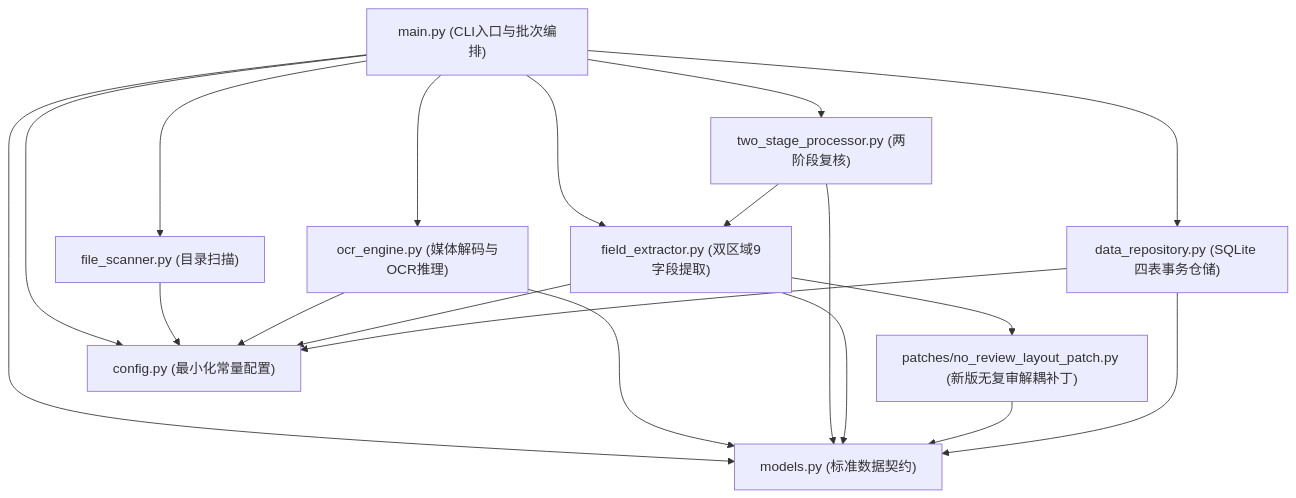
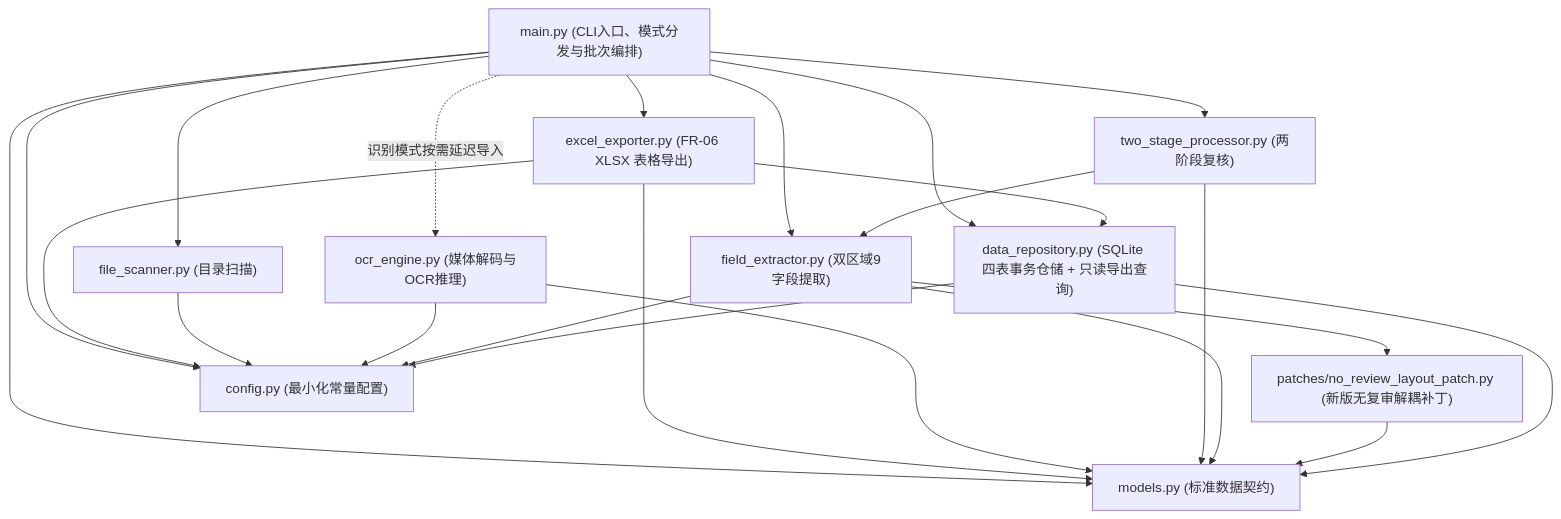
Before and after one commit to fukyor/ocr: the second of 14 diagrams in moduleDesign/prd-md-ocr-snug-cherny.md, drawn with Mermaid. The commit also changed other lines of this file and 19 other files, not shown here.

````diff
--- a/moduleDesign/prd-md-ocr-snug-cherny.md
+++ b/moduleDesign/prd-md-ocr-snug-cherny.md
@@ -89,31 +103,36 @@
 ```mermaid
 flowchart TD
-    Main["main.py (CLI入口与批次编排)"]
+    Main["main.py (CLI入口、模式分发与批次编排)"]
+    Exporter["excel_exporter.py (FR-06 XLSX 表格导出)"]
     Scanner["file_scanner.py (目录扫描)"]
     OCR["ocr_engine.py (媒体解码与OCR推理)"]
     TwoStage["two_stage_processor.py (两阶段复核)"]
     Extractor["field_extractor.py (双区域9字段提取)"]
     Patch["patches/no_review_layout_patch.py (新版无复审解耦补丁)"]
-    Repo["data_repository.py (SQLite 四表事务仓储)"]
+    Repo["data_repository.py (SQLite 四表事务仓储 + 只读导出查询)"]
     Models["models.py (标准数据契约)"]
     Config["config.py (最小化常量配置)"]
 
+    Main --> Exporter
     Main --> Scanner
-    Main --> OCR
+    Main -. "识别模式按需延迟导入" .-> OCR
     Main --> TwoStage
     Main --> Extractor
     Main --> Repo
     Main --> Models
     Main --> Config
+    Exporter --> Repo
+    Exporter --> Models
+    Exporter --> Config
     Scanner --> Config
     OCR --> Models
     OCR --> Config
     TwoStage --> Extractor
     TwoStage --> Models
     Extractor --> Patch
     Extractor --> Models
     Extractor --> Config
     Patch --> Models
     Repo --> Models
     Repo --> Config
 ```
````
